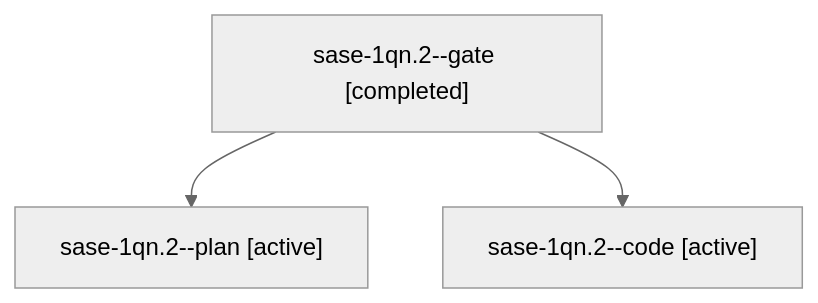
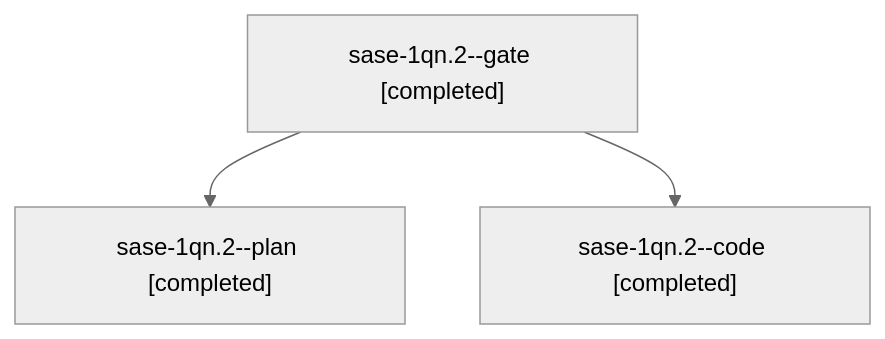
The diagram in sessions/bbugyi200.athena.sase-1qn.2.md (sase-org/sase--agents), drawn with Mermaid (neutral theme) before and after one commit. The commit also changed other lines of this file and 29 other files, not shown here.

````diff
--- a/sessions/bbugyi200.athena.sase-1qn.2.md
+++ b/sessions/bbugyi200.athena.sase-1qn.2.md
@@ -9,8 +9,8 @@
 ```mermaid
 flowchart TD
   n0["sase-1qn.2--gate [completed]"]
-  n1["sase-1qn.2--plan [active]"]
+  n1["sase-1qn.2--plan [completed]"]
   n0 --> n1
-  n2["sase-1qn.2--code [active]"]
+  n2["sase-1qn.2--code [completed]"]
   n0 --> n2
 ```
````
